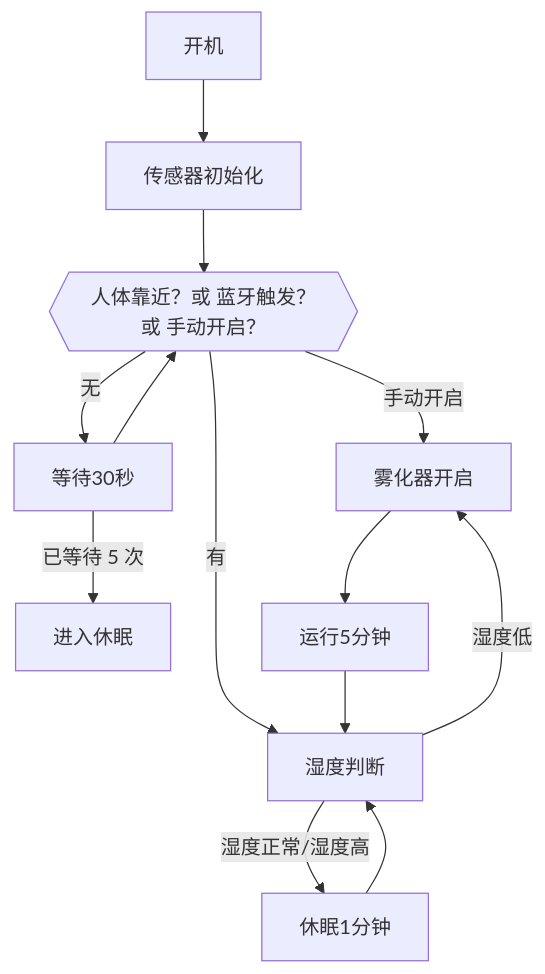
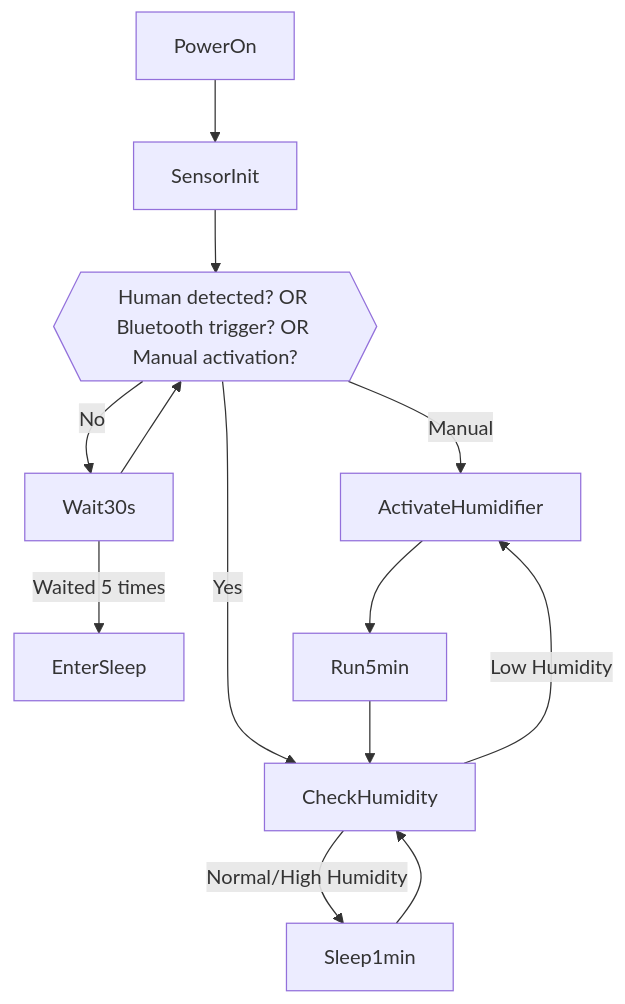
Before and after one commit to HappyArmor/Fountain-Gate-LED: the first of 2 diagrams in docs/Project_Overview.md, drawn with Mermaid. The commit also changed other lines of this file and 1 other file, not shown here.

````diff
--- a/docs/Project_Overview.md
+++ b/docs/Project_Overview.md
@@ -83,20 +92,19 @@
 ```mermaid
    graph TD
-      开机 --> 传感器初始化
-      传感器初始化 --> 判断条件{{人体靠近？或 蓝牙触发？或 手动开启？}} 
+      PowerOn --> SensorInit
+      SensorInit --> CheckCondition{{Human detected? OR Bluetooth trigger? OR Manual activation?}} 
 
-      判断条件{{人体靠近？或 蓝牙触发？或 手动开启？}}  --> |手动开启| 雾化器开启
-      判断条件{{人体靠近？或 蓝牙触发？或 手动开启？}}  --> |有| 湿度判断
-      
-      判断条件{{人体靠近？或 蓝牙触发？或 手动开启？}}  --> |无| 等待30秒
-  
+      CheckCondition --> |Manual| ActivateHumidifier
+      CheckCondition --> |Yes| CheckHumidity
+      CheckCondition --> |No| Wait30s
 
-      等待30秒 -->|已等待 5 次| 进入休眠
+      Wait30s -->|Waited 5 times| EnterSleep
+      Wait30s --> CheckCondition
 
-      等待30秒 --> 判断条件{{人体靠近？或 蓝牙触发？或 手动开启？}}
-      湿度判断 -->|湿度低| 雾化器开启
-      湿度判断 -->|湿度正常/湿度高| 休眠1分钟
-      雾化器开启 --> 运行5分钟
-      休眠1分钟 --> 湿度判断
-      运行5分钟 --> 湿度判断
+      CheckHumidity -->|Low Humidity| ActivateHumidifier
+      CheckHumidity -->|Normal/High Humidity| Sleep1min
+
+      ActivateHumidifier --> Run5min
+      Sleep1min --> CheckHumidity
+      Run5min --> CheckHumidity
 ```
````
